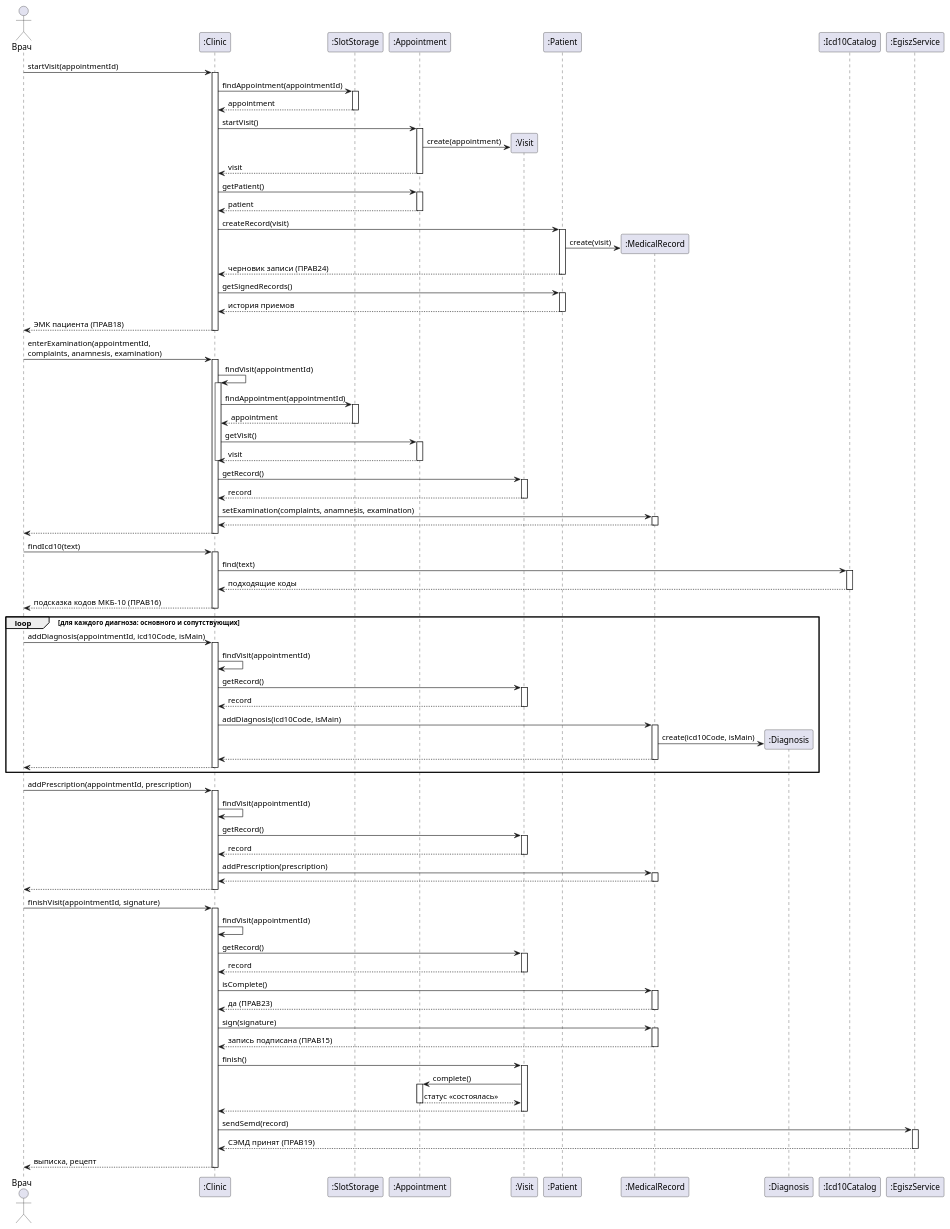
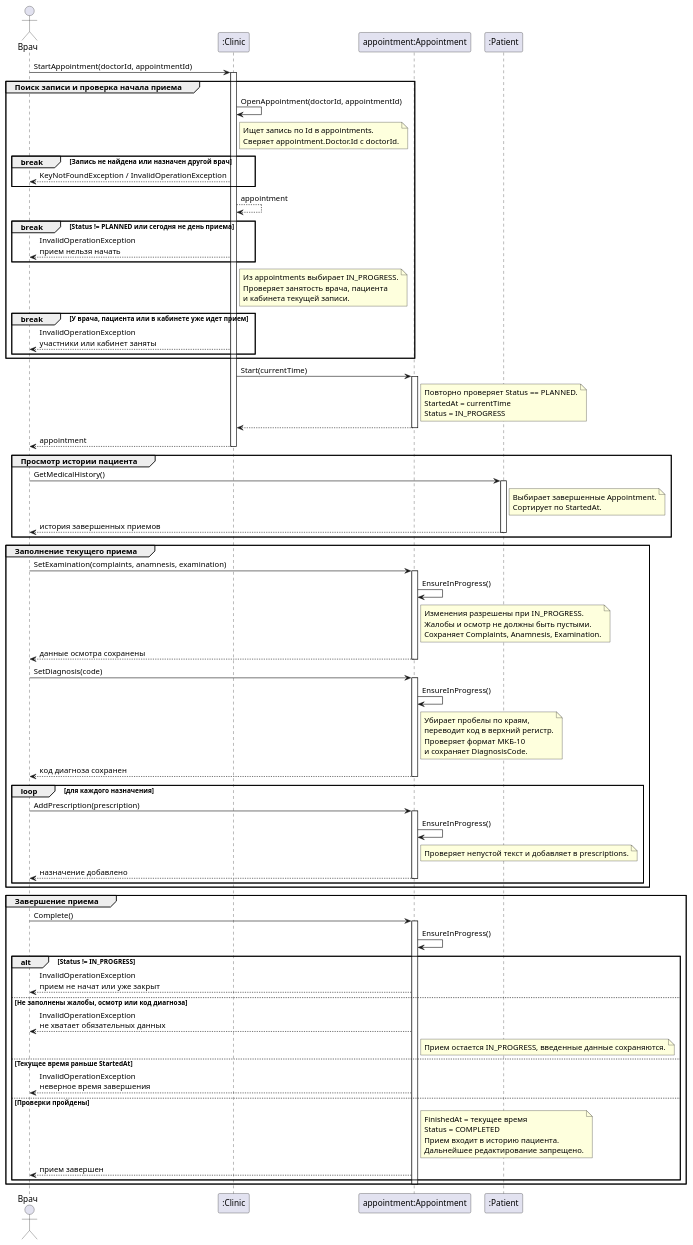
One commit to penamarth/bsbo-11-24_team3_var3_clinic changed the diagram in Прецеденты/Прием пациента и ведение медкарты/Диаграмма последовательности Прием пациента и ведение медкарты.md. Above: the diagram before and after it, drawn with PlantUML. The commit also changed other lines of this file and 1 other file, not shown here.

Commit message:
docs: подробная последовательность приема с проверками и отказами

````diff
--- a/Прецеденты/Прием пациента и ведение медкарты/Диаграмма последовательности Прием пациента и ведение медкарты.md
+++ b/Прецеденты/Прием пациента и ведение медкарты/Диаграмма последовательности Прием пациента и ведение медкарты.md
@@ -8,82 +10,103 @@
 @startuml visit-sequence
 actor Врач
 participant ":Clinic" as C
-participant ":SlotStorage" as SS
-participant ":Appointment" as A
-participant ":Visit" as V
+participant "appointment:Appointment" as A
 participant ":Patient" as P
-participant ":MedicalRecord" as MR
-participant ":Diagnosis" as Dg
-participant ":Icd10Catalog" as ICD
-participant ":EgiszService" as E
 
-Врач -> C ++ : startVisit(appointmentId)
-C -> SS ++ : findAppointment(appointmentId)
-SS --> C -- : appointment
-C -> A ++ : startVisit()
-A -> V ** : create(appointment)
-A --> C -- : visit
-C -> A ++ : getPatient()
-A --> C -- : patient
-C -> P ++ : createRecord(visit)
-P -> MR ** : create(visit)
-P --> C -- : черновик записи (ПРАВ24)
-C -> P ++ : getSignedRecords()
-P --> C -- : история приемов
-C --> Врач -- : ЭМК пациента (ПРАВ18)
+Врач -> C ++ : StartAppointment(doctorId, appointmentId)
 
-Врач -> C ++ : enterExamination(appointmentId,\ncomplaints, anamnesis, examination)
-C -> C ++ : findVisit(appointmentId)
-C -> SS ++ : findAppointment(appointmentId)
-SS --> C -- : appointment
-C -> A ++ : getVisit()
-A --> C -- : visit
-deactivate C
-C -> V ++ : getRecord()
-V --> C -- : record
-C -> MR ++ : setExamination(complaints, anamnesis, examination)
-MR --> C --
-C --> Врач --
+group Поиск записи и проверка начала приема
+  C -> C : OpenAppointment(doctorId, appointmentId)
+  note right of C
+    Ищет запись по Id в appointments.
+    Сверяет appointment.Doctor.Id с doctorId.
+  end note
+  break Запись не найдена или назначен другой врач
+    C --> Врач : KeyNotFoundException / InvalidOperationException
+  end
+  C --> C : appointment
 
-Врач -> C ++ : findIcd10(text)
-C -> ICD ++ : find(text)
-ICD --> C -- : подходящие коды
-C --> Врач -- : подсказка кодов МКБ-10 (ПРАВ16)
+  break Status != PLANNED или сегодня не день приема
+    C --> Врач : InvalidOperationException\nприем нельзя начать
+  end
 
-loop для каждого диагноза: основного и сопутствующих
-  Врач -> C ++ : addDiagnosis(appointmentId, icd10Code, isMain)
-  C -> C : findVisit(appointmentId)
-  C -> V ++ : getRecord()
-  V --> C -- : record
-  C -> MR ++ : addDiagnosis(icd10Code, isMain)
-  MR -> Dg ** : create(icd10Code, isMain)
-  MR --> C --
-  C --> Врач --
+  note right of C
+    Из appointments выбирает IN_PROGRESS.
+    Проверяет занятость врача, пациента
+    и кабинета текущей записи.
+  end note
+  break У врача, пациента или в кабинете уже идет прием
+    C --> Врач : InvalidOperationException\nучастники или кабинет заняты
+  end
 end
 
-Врач -> C ++ : addPrescription(appointmentId, prescription)
-C -> C : findVisit(appointmentId)
-C -> V ++ : getRecord()
-V --> C -- : record
-C -> MR ++ : addPrescription(prescription)
-MR --> C --
-C --> Врач --
+C -> A ++ : Start(currentTime)
+note right of A
+  Повторно проверяет Status == PLANNED.
+  StartedAt = currentTime
+  Status = IN_PROGRESS
+end note
+A --> C --
+C --> Врач -- : appointment
 
-Врач -> C ++ : finishVisit(appointmentId, signature)
-C -> C : findVisit(appointmentId)
-C -> V ++ : getRecord()
-V --> C -- : record
-C -> MR ++ : isComplete()
-MR --> C -- : да (ПРАВ23)
-C -> MR ++ : sign(signature)
-MR --> C -- : запись подписана (ПРАВ15)
-C -> V ++ : finish()
-V -> A ++ : complete()
-A --> V -- : статус «состоялась»
-V --> C --
-C -> E ++ : sendSemd(record)
-E --> C -- : СЭМД принят (ПРАВ19)
-C --> Врач -- : выписка, рецепт
+group Просмотр истории пациента
+  Врач -> P ++ : GetMedicalHistory()
+  note right of P
+    Выбирает завершенные Appointment.
+    Сортирует по StartedAt.
+  end note
+  P --> Врач -- : история завершенных приемов
+end
+
+group Заполнение текущего приема
+  Врач -> A ++ : SetExamination(complaints, anamnesis, examination)
+  A -> A : EnsureInProgress()
+  note right of A
+    Изменения разрешены при IN_PROGRESS.
+    Жалобы и осмотр не должны быть пустыми.
+    Сохраняет Complaints, Anamnesis, Examination.
+  end note
+  A --> Врач -- : данные осмотра сохранены
+
+  Врач -> A ++ : SetDiagnosis(code)
+  A -> A : EnsureInProgress()
+  note right of A
+    Убирает пробелы по краям,
+    переводит код в верхний регистр.
+    Проверяет формат МКБ-10
+    и сохраняет DiagnosisCode.
+  end note
+  A --> Врач -- : код диагноза сохранен
+
+  loop для каждого назначения
+    Врач -> A ++ : AddPrescription(prescription)
+    A -> A : EnsureInProgress()
+    note right of A : Проверяет непустой текст и добавляет в prescriptions.
+    A --> Врач -- : назначение добавлено
+  end
+end
+
+group Завершение приема
+  Врач -> A ++ : Complete()
+  A -> A : EnsureInProgress()
+  alt Status != IN_PROGRESS
+    A --> Врач : InvalidOperationException\nприем не начат или уже закрыт
+  else Не заполнены жалобы, осмотр или код диагноза
+    A --> Врач : InvalidOperationException\nне хватает обязательных данных
+    note right of A : Прием остается IN_PROGRESS, введенные данные сохраняются.
+  else Текущее время раньше StartedAt
+    A --> Врач : InvalidOperationException\nневерное время завершения
+  else Проверки пройдены
+    note right of A
+      FinishedAt = текущее время
+      Status = COMPLETED
+      Прием входит в историю пациента.
+      Дальнейшее редактирование запрещено.
+    end note
+    A --> Врач : прием завершен
+  end
+  deactivate A
+end
 
 @enduml
 ```
````
